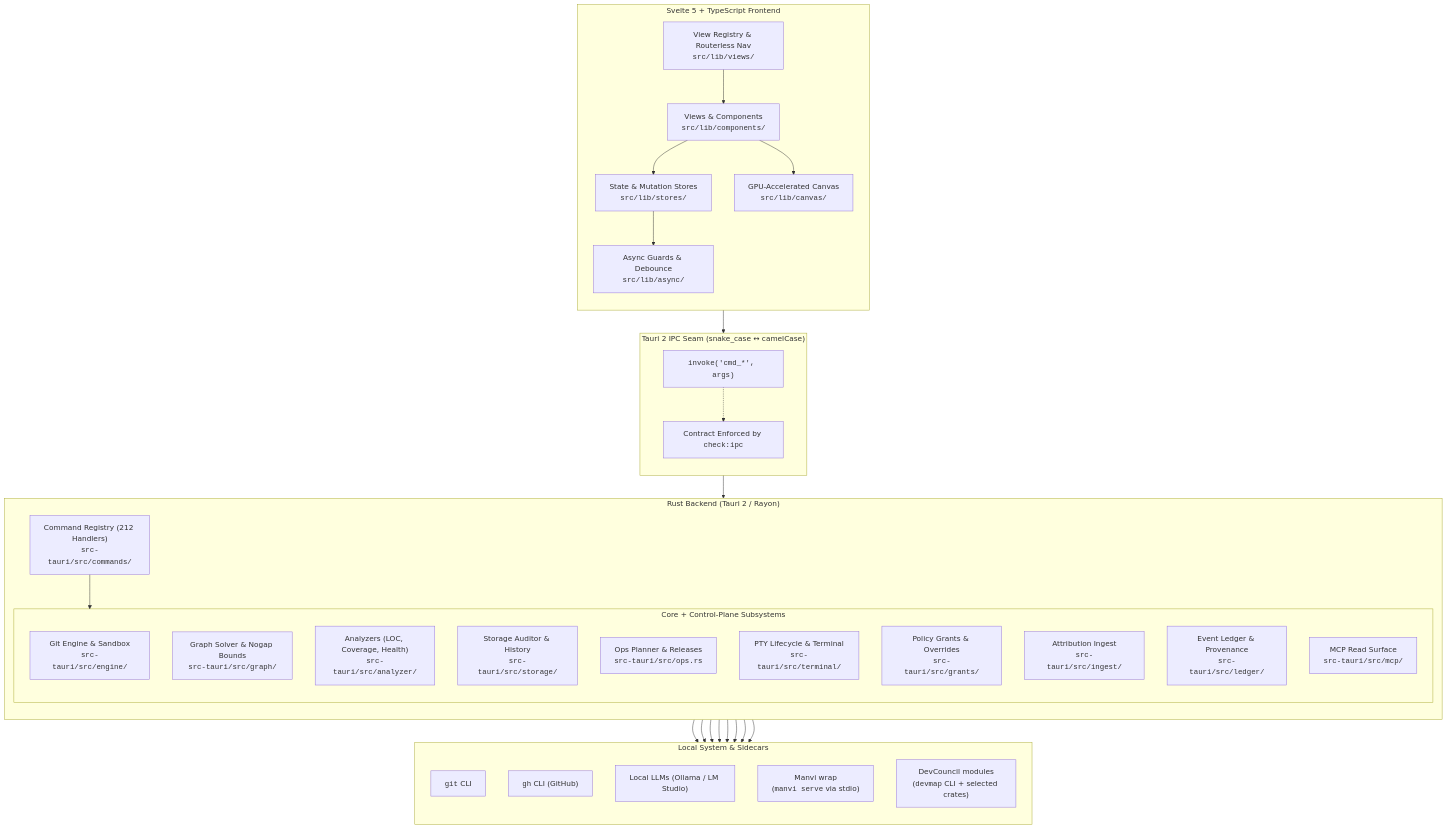
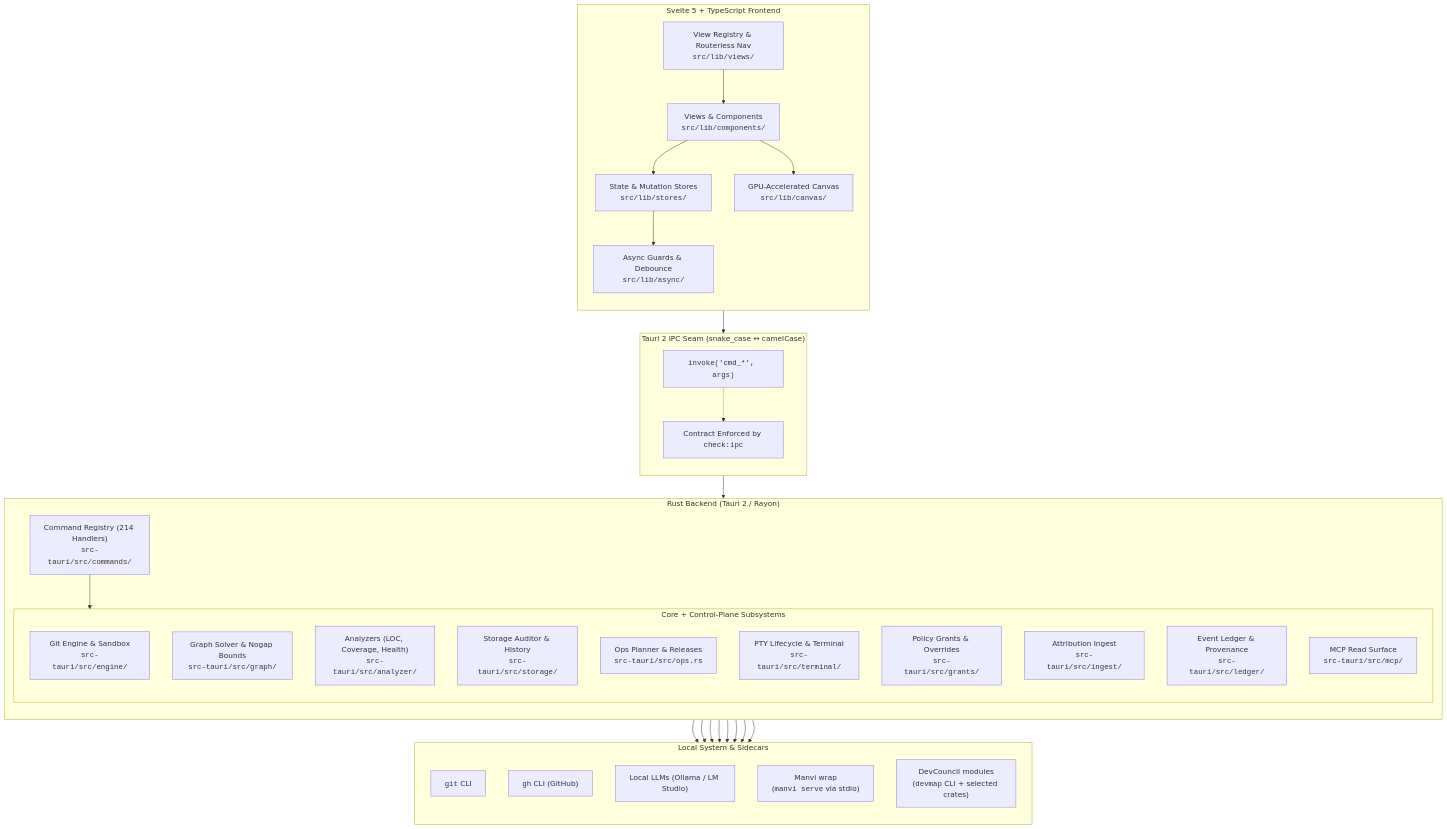
Before and after one commit to bharathvbcr/GitPulse: the first of 4 diagrams in docs/ARCHITECTURE.md, drawn with Mermaid. The commit also changed other lines of this file and 55 other files, not shown here.

````diff
--- a/docs/ARCHITECTURE.md
+++ b/docs/ARCHITECTURE.md
@@ -13,63 +13,63 @@
 ```mermaid
 flowchart TB
     subgraph Frontend["Svelte 5 + TypeScript Frontend"]
         direction TB
         UI["Views & Components<br/><code>src/lib/components/</code>"]
         Stores["State & Mutation Stores<br/><code>src/lib/stores/</code>"]
         Registry["View Registry & Routerless Nav<br/><code>src/lib/views/</code>"]
         Canvas["GPU-Accelerated Canvas<br/><code>src/lib/canvas/</code>"]
         Async["Async Guards & Debounce<br/><code>src/lib/async/</code>"]
         
         UI --> Stores
         UI --> Canvas
         Stores --> Async
         Registry --> UI
     end
 
     subgraph IPC["Tauri 2 IPC Seam (snake_case ↔ camelCase)"]
         direction TB
         Invoke["<code>invoke('cmd_*', args)</code>"]
         ContractCheck["Contract Enforced by <code>check:ipc</code>"]
         Invoke -.-> ContractCheck
     end
 
     subgraph Backend["Rust Backend (Tauri 2 / Rayon)"]
         direction TB
-        CmdRegistry["Command Registry (212 Handlers)<br/><code>src-tauri/src/commands/</code>"]
+        CmdRegistry["Command Registry (214 Handlers)<br/><code>src-tauri/src/commands/</code>"]
         
         subgraph Subsystems["Core + Control-Plane Subsystems"]
             GitEngine["Git Engine & Sandbox<br/><code>src-tauri/src/engine/</code>"]
             GraphSolver["Graph Solver & Nogap Bounds<br/><code>src-tauri/src/graph/</code>"]
             Analyzers["Analyzers (LOC, Coverage, Health)<br/><code>src-tauri/src/analyzer/</code>"]
             StorageAuditor["Storage Auditor & History<br/><code>src-tauri/src/storage/</code>"]
             OpsPlanner["Ops Planner & Releases<br/><code>src-tauri/src/ops.rs</code>"]
             PtyTerminal["PTY Lifecycle & Terminal<br/><code>src-tauri/src/terminal/</code>"]
             Grants["Policy Grants & Overrides<br/><code>src-tauri/src/grants/</code>"]
             Ingest["Attribution Ingest<br/><code>src-tauri/src/ingest/</code>"]
             Ledger["Event Ledger & Provenance<br/><code>src-tauri/src/ledger/</code>"]
             MCP["MCP Read Surface<br/><code>src-tauri/src/mcp/</code>"]
         end
         
         CmdRegistry --> Subsystems
     end
 
     subgraph External["Local System & Sidecars"]
         direction TB
         LocalGit["<code>git</code> CLI"]
         LocalGh["<code>gh</code> CLI (GitHub)"]
         LocalLLM["Local LLMs (Ollama / LM Studio)"]
         ManviSidecar["Manvi wrap<br/>(<code>manvi serve</code> via stdio)"]
         DevCouncilMods["DevCouncil modules<br/>(<code>devmap</code> CLI + selected crates)"]
     end
 
     Async --> Invoke
     Invoke --> CmdRegistry
     GitEngine --> LocalGit
     Analyzers --> LocalGit
     Analyzers --> LocalGh
     Analyzers --> LocalLLM
     OpsPlanner --> LocalGh
     OpsPlanner --> ManviSidecar
     Subsystems --> ManviSidecar
     Subsystems --> DevCouncilMods
 ```
````
